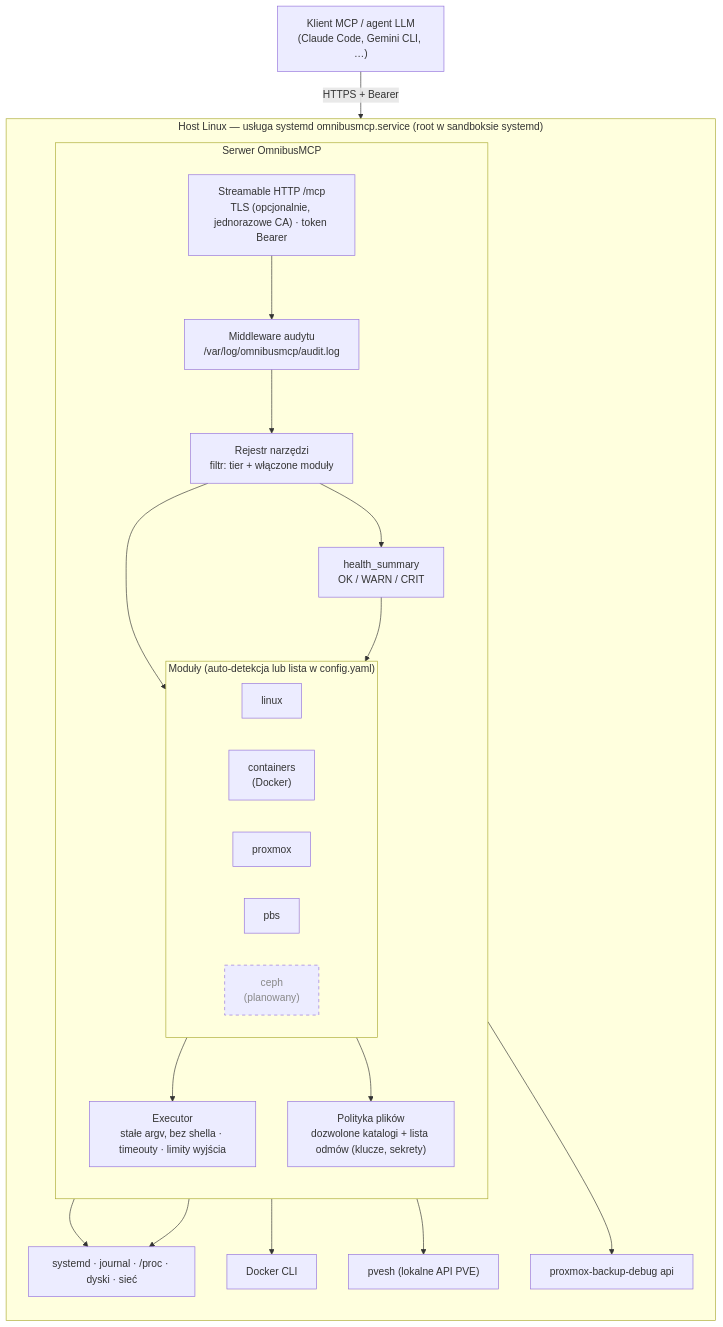
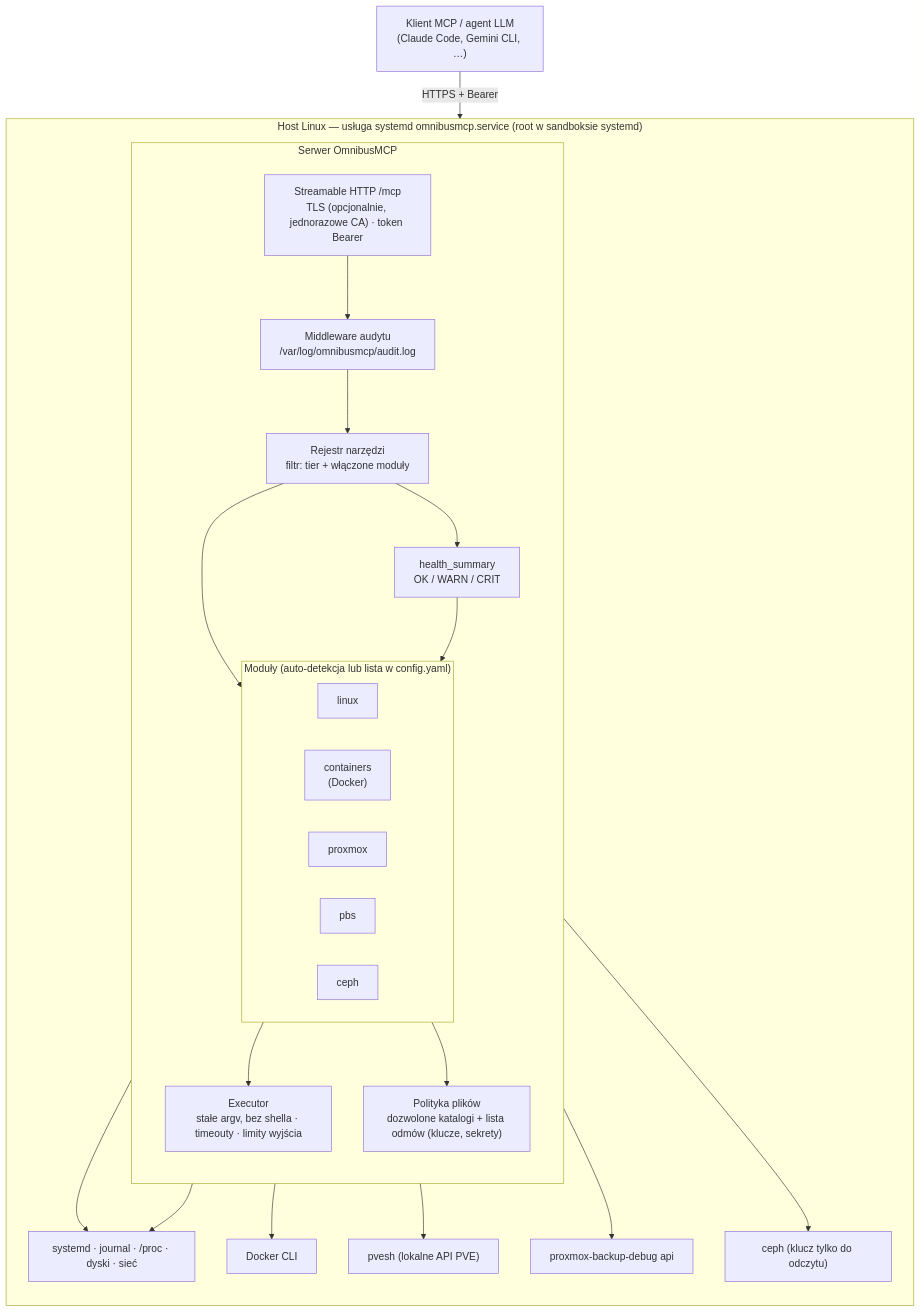
One commit to PNT-Data-Center/omnibusmcp changed the diagram in README.md. Above: the diagram before and after it, drawn with Mermaid. The commit also changed other lines of this file and 44 other files, not shown here.

````diff
--- a/README.md
+++ b/README.md
@@ -18,40 +18,39 @@
 ```mermaid
 flowchart TB
     client["Klient MCP / agent LLM<br/>(Claude Code, Gemini CLI, …)"]
 
     subgraph host["Host Linux — usługa systemd omnibusmcp.service (root w sandboksie systemd)"]
         direction TB
         subgraph srv["Serwer OmnibusMCP"]
             direction TB
             http["Streamable HTTP /mcp<br/>TLS (opcjonalnie, jednorazowe CA) · token Bearer"]
             audit["Middleware audytu<br/>/var/log/omnibusmcp/audit.log"]
             reg["Rejestr narzędzi<br/>filtr: tier + włączone moduły"]
             health["health_summary<br/>OK / WARN / CRIT"]
             subgraph mods["Moduły (auto-detekcja lub lista w config.yaml)"]
                 linux["linux"]
                 cont["containers<br/>(Docker)"]
                 pve["proxmox"]
                 pbs["pbs"]
-                ceph["ceph<br/>(planowany)"]:::planned
+                ceph["ceph"]
             end
             exec["Executor<br/>stałe argv, bez shella · timeouty · limity wyjścia"]
             files["Polityka plików<br/>dozwolone katalogi + lista odmów (klucze, sekrety)"]
         end
         sys["systemd · journal · /proc · dyski · sieć"]
         docker["Docker CLI"]
         pvesh["pvesh (lokalne API PVE)"]
         pbsapi["proxmox-backup-debug api"]
+        cephcli["ceph (klucz tylko do odczytu)"]
     end
 
     client -- "HTTPS + Bearer" --> http
     http --> audit --> reg
     reg --> health
     reg --> mods
     health --> mods
     mods --> exec
     mods --> files
-    exec --> sys & docker & pvesh & pbsapi
+    exec --> sys & docker & pvesh & pbsapi & cephcli
     files --> sys
-
-    classDef planned stroke-dasharray: 5 5,color:#888
 ```
````
